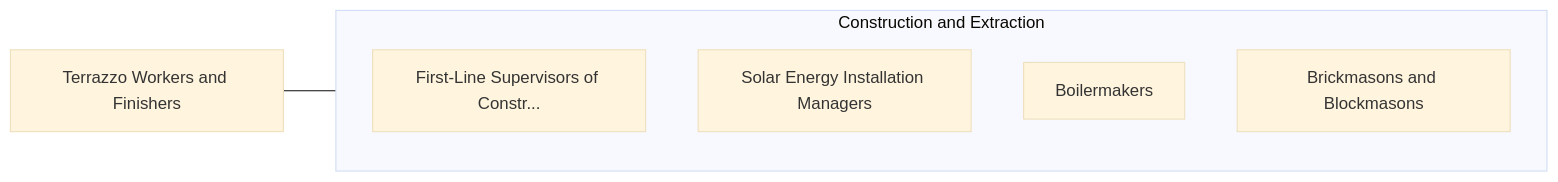
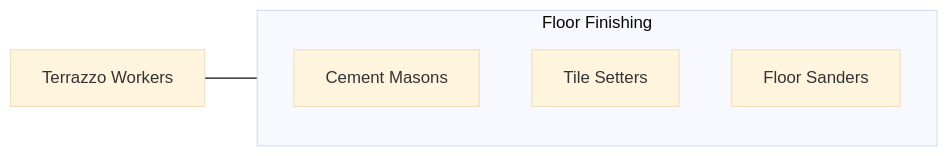
One commit to kziemski/business.org.ai changed the fourth of 4 diagrams in occupations/Construction/TerrazzoWorkersAndFinishers.mdx. Above: the diagram before and after it, drawn with Mermaid (base theme). The commit also changed other lines of this file and 938 other files, not shown here.

````diff
--- a/occupations/Construction/TerrazzoWorkersAndFinishers.mdx
+++ b/occupations/Construction/TerrazzoWorkersAndFinishers.mdx
@@ -118,13 +159,10 @@
 ```mermaid
 graph LR
-    Current["Terrazzo Workers and Finishers"]
-
-    subgraph SameCategory["Construction and Extraction"]
-        FirstLineSupervisors["First-Line Supervisors of Constr..."]
-        SolarEnergyInstallat["Solar Energy Installation Managers"]
-        Boilermakers["Boilermakers"]
-        BrickmasonsAndBlockm["Brickmasons and Blockmasons"]
+    Current["Terrazzo Workers"]
+    subgraph Same["Floor Finishing"]
+        Cement["Cement Masons"]
+        Tile["Tile Setters"]
+        FloorSand["Floor Sanders"]
     end
-
-    Current --- SameCategory
+    Current --- Same
 ```
````
